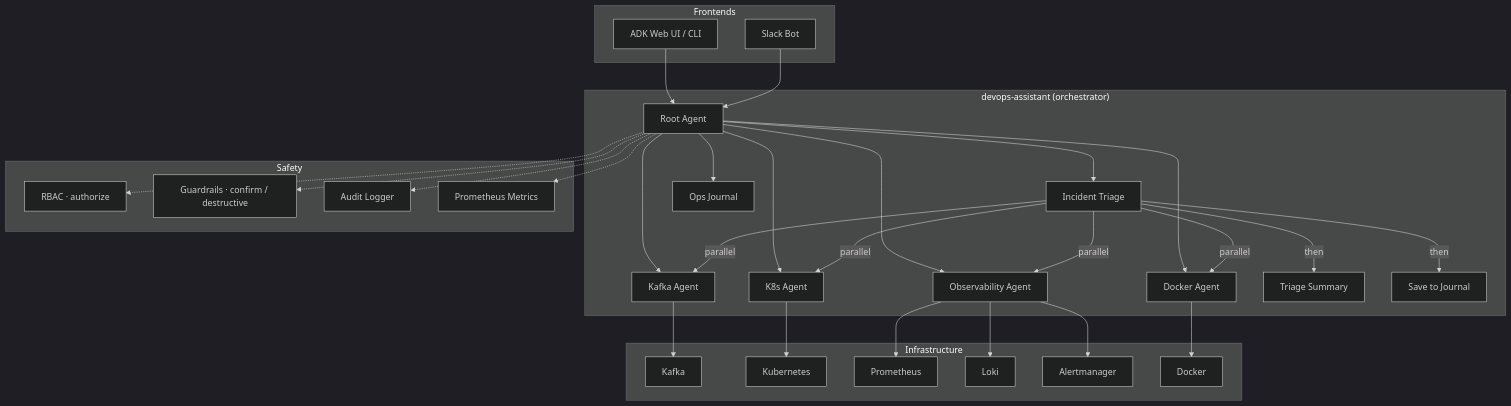
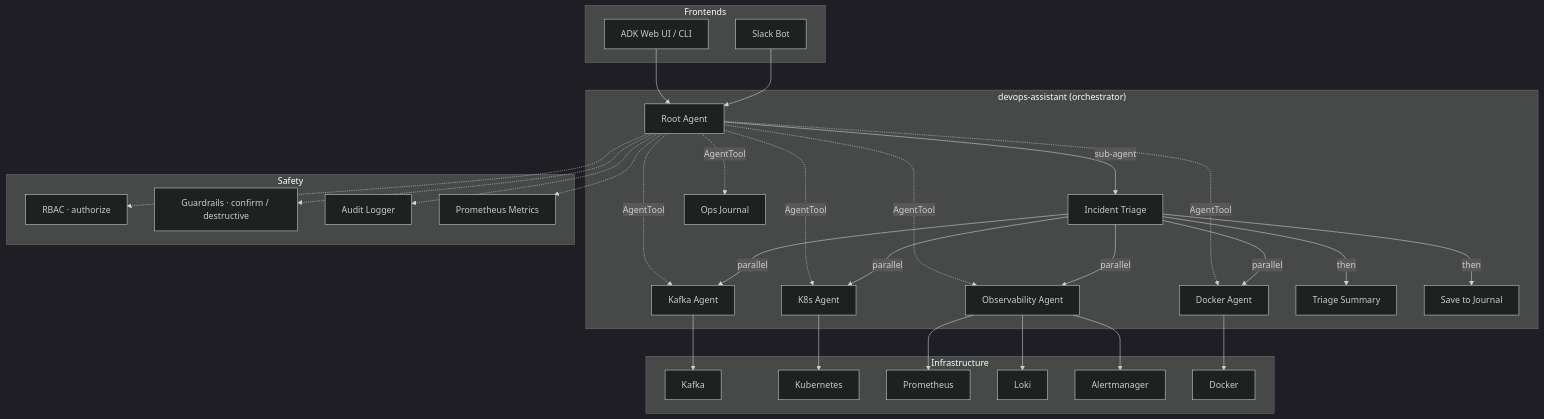
One commit to BAHALLA/devops-agents changed the diagram in README.md. Above: the diagram before and after it, drawn with Mermaid (dark theme). The commit also changed other lines of this file and 7 other files, not shown here.

Commit message:
refactor to use agent tool instead of sub agent when it's appropraite respecting best practices

````diff
--- a/README.md
+++ b/README.md
@@ -25,57 +25,57 @@
 ```mermaid
 graph TB
     subgraph Frontends
         WEB[ADK Web UI / CLI]
         SLACK[Slack Bot]
     end
 
     subgraph "devops-assistant (orchestrator)"
         ROOT[Root Agent]
         TRIAGE[Incident Triage]
 
-        ROOT --> KAFKA[Kafka Agent]
-        ROOT --> K8S[K8s Agent]
-        ROOT --> OBS[Observability Agent]
-        ROOT --> DOCKER[Docker Agent]
-        ROOT --> JOURNAL[Ops Journal]
-        ROOT --> TRIAGE
+        ROOT -.->|AgentTool| KAFKA[Kafka Agent]
+        ROOT -.->|AgentTool| K8S[K8s Agent]
+        ROOT -.->|AgentTool| OBS[Observability Agent]
+        ROOT -.->|AgentTool| DOCKER[Docker Agent]
+        ROOT -.->|AgentTool| JOURNAL[Ops Journal]
+        ROOT -->|sub-agent| TRIAGE
 
         TRIAGE -->|parallel| KAFKA
         TRIAGE -->|parallel| K8S
         TRIAGE -->|parallel| DOCKER
         TRIAGE -->|parallel| OBS
         TRIAGE -->|then| SUMMARIZE[Triage Summary]
         TRIAGE -->|then| SAVE[Save to Journal]
     end
 
     subgraph Safety
         RBAC[RBAC · authorize]
         GUARD[Guardrails · confirm / destructive]
         AUDIT[Audit Logger]
         METRICS[Prometheus Metrics]
     end
 
     subgraph Infrastructure
         KF[Kafka]
         KU[Kubernetes]
         PR[Prometheus]
         LO[Loki]
         AM[Alertmanager]
         DK[Docker]
     end
 
     WEB --> ROOT
     SLACK --> ROOT
 
     KAFKA --> KF
     K8S --> KU
     OBS --> PR
     OBS --> LO
     OBS --> AM
     DOCKER --> DK
 
     ROOT -.-> RBAC
     ROOT -.-> GUARD
     ROOT -.-> AUDIT
     ROOT -.-> METRICS
 ```
````
